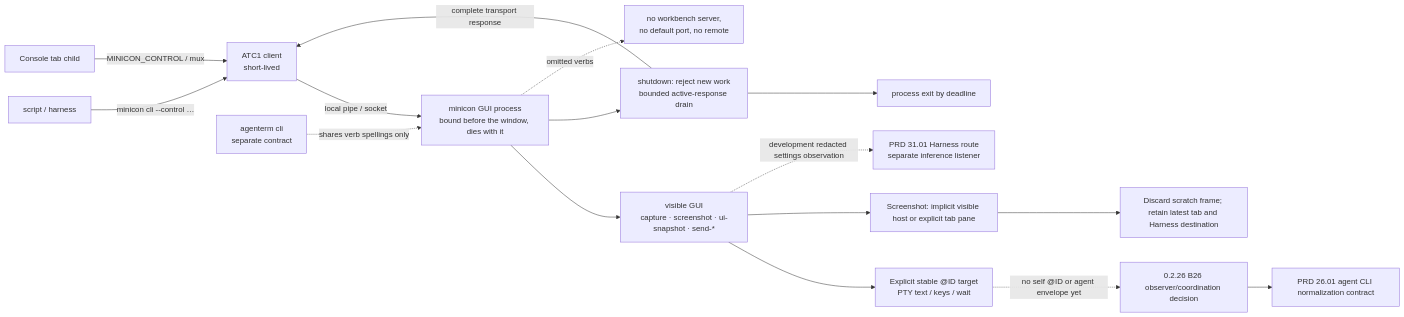
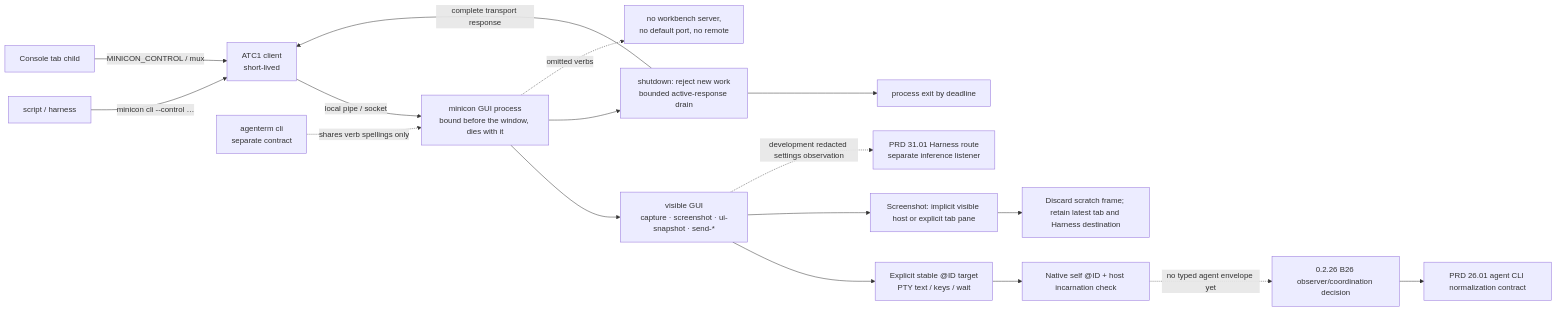
The diagram in prd/PRD_02_26_con_control_cli.md (partnernetsoftware/minicon), drawn with Mermaid before and after one commit. The commit also changed other lines of this file and 12 other files, not shown here.

Commit message:
Bind native CLI self targets to Console tab incarnation

````diff
--- a/prd/PRD_02_26_con_control_cli.md
+++ b/prd/PRD_02_26_con_control_cli.md
@@ -33,18 +33,19 @@
 ```mermaid
 flowchart LR
     S["script / harness"] -->|"minicon cli --control …"| C["ATC1 client<br/>short-lived"]
     TAB["Console tab child"] -->|"MINICON_CONTROL / mux"| C
     C -->|local pipe / socket| H["minicon GUI process<br/>bound before the window, dies with it"]
     H --> V["visible GUI<br/>capture · screenshot · ui-snapshot · send-*"]
     V --> ID["Explicit stable @ID target<br/>PTY text / keys / wait"]
-    ID -. no self @ID or agent envelope yet .-> GAP["0.2.26 B26 observer/coordination decision"]
+    ID --> SELF["Native self @ID + host incarnation check"]
+    SELF -. no typed agent envelope yet .-> GAP["0.2.26 B26 observer/coordination decision"]
     GAP --> SPEC["PRD 26.01 agent CLI normalization contract"]
     V --> SH["Screenshot: implicit visible host or explicit tab pane"]
     SH --> RESTORE["Discard scratch frame; retain latest tab and Harness destination"]
     V -. development redacted settings observation .-> G["PRD 31.01 Harness route<br/>separate inference listener"]
     H --> D["shutdown: reject new work<br/>bounded active-response drain"]
     D -->|"complete transport response"| C
     D --> E["process exit by deadline"]
     H -. omitted verbs .-> X["no workbench server,<br/>no default port, no remote"]
     AW["agenterm cli<br/>separate contract"] -. shares verb spellings only .-> H
 ```
````
